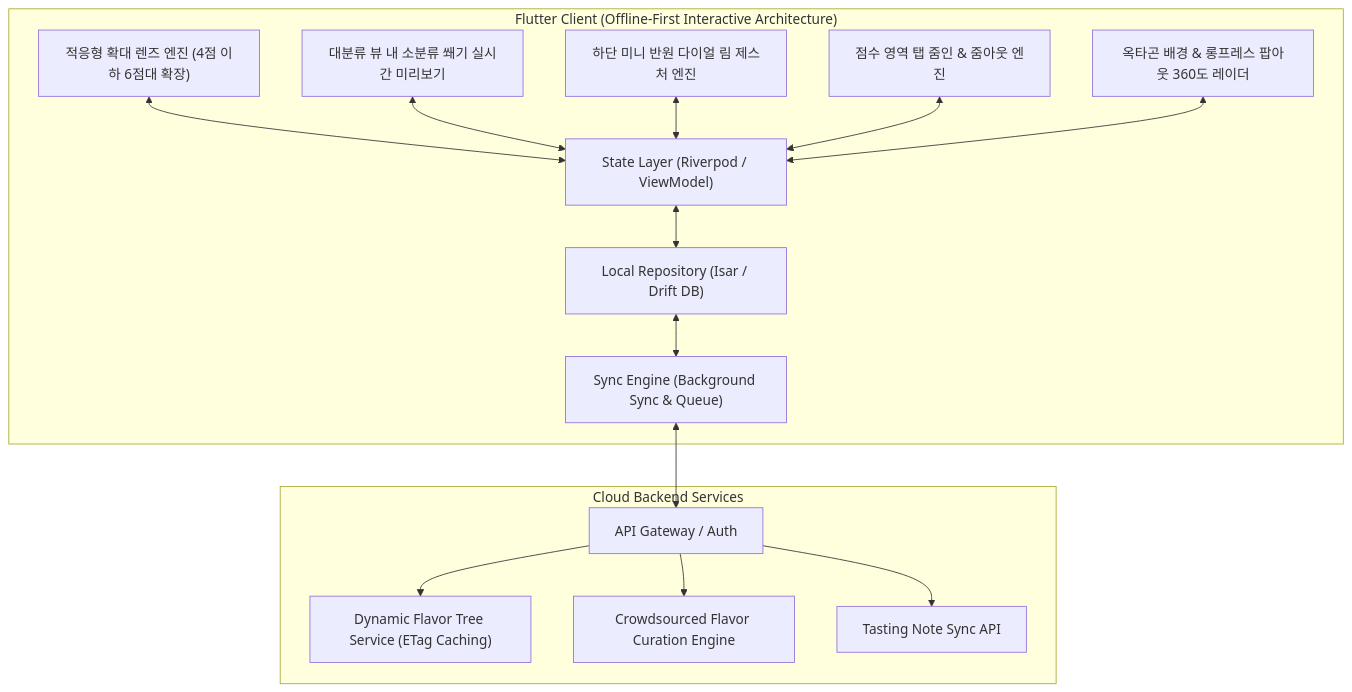
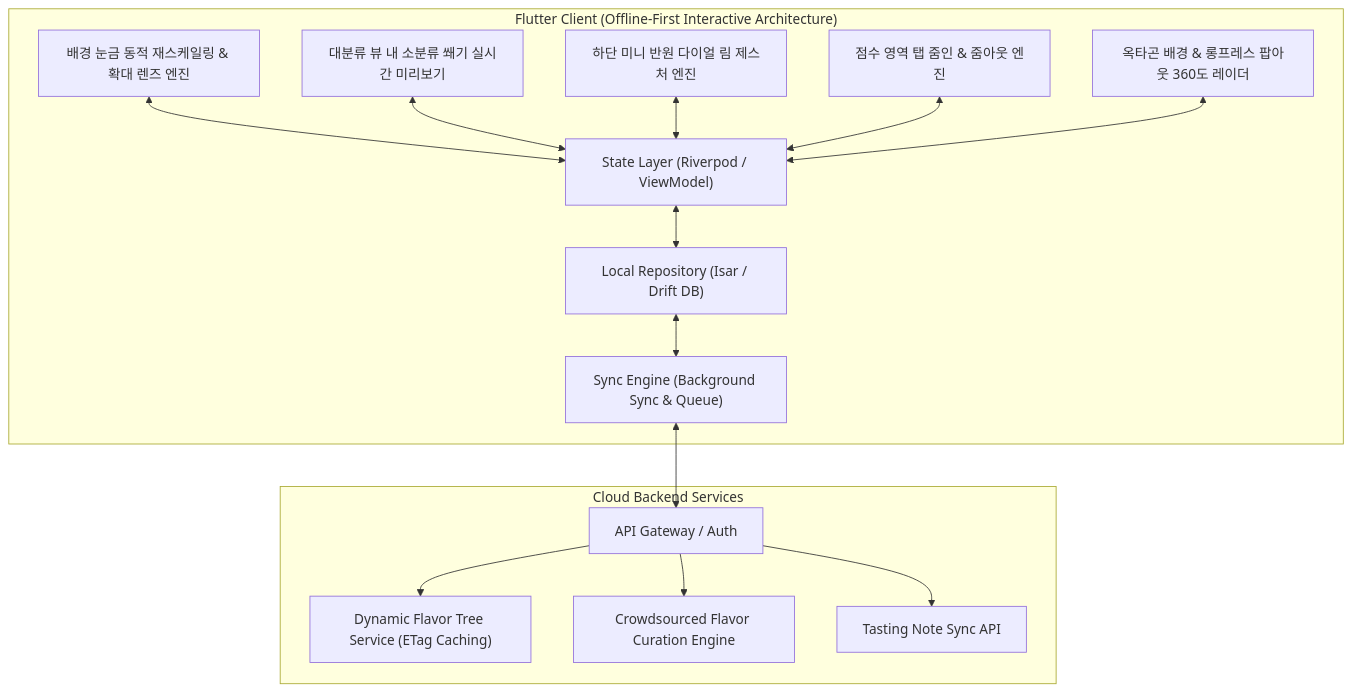
One commit to chanhooop/FlavorWheel changed the diagram in README.md. Above: the diagram before and after it, drawn with Mermaid. The commit also changed other lines of this file and 1 other file, not shown here.

Commit message:
feat: 4점 이하 적응형 확대 시 뒷배경 원형 그래프 눈금 숫자를 대분류 점수 기준으로 동적 재스케일링 렌더링 구현

````diff
--- a/README.md
+++ b/README.md
@@ -85,34 +84,34 @@
 ```mermaid
 graph TB
     subgraph Client ["Flutter Client (Offline-First Interactive Architecture)"]
-        AdaptiveZoomEngine["적응형 확대 렌즈 엔진 (4점 이하 6점대 확장)"]
+        DynamicGridEngine["배경 눈금 동적 재스케일링 & 확대 렌즈 엔진"]
         InWheelPreviewEngine["대분류 뷰 내 소분류 쐐기 실시간 미리보기"]
         MiniDialEngine["하단 미니 반원 다이얼 림 제스처 엔진"]
         TapZoomEngine["점수 영역 탭 줌인 & 줌아웃 엔진"]
         OctagonRadarEngine["옥타곤 배경 & 롱프레스 팝아웃 360도 레이더"]
 
         State["State Layer (Riverpod / ViewModel)"]
         SyncEngine["Sync Engine (Background Sync & Queue)"]
         LocalRepository["Local Repository (Isar / Drift DB)"]
 
-        AdaptiveZoomEngine <--> State
+        DynamicGridEngine <--> State
         InWheelPreviewEngine <--> State
         MiniDialEngine <--> State
         TapZoomEngine <--> State
         OctagonRadarEngine <--> State
         State <--> LocalRepository
         LocalRepository <--> SyncEngine
     end
 
     subgraph RemoteBackend ["Cloud Backend Services"]
         Gateway["API Gateway / Auth"]
         TreeService["Dynamic Flavor Tree Service (ETag Caching)"]
         CurationService["Crowdsourced Flavor Curation Engine"]
         NoteService["Tasting Note Sync API"]
     end
 
     SyncEngine <--> Gateway
     Gateway --> TreeService
     Gateway --> CurationService
     Gateway --> NoteService
 ```
````
